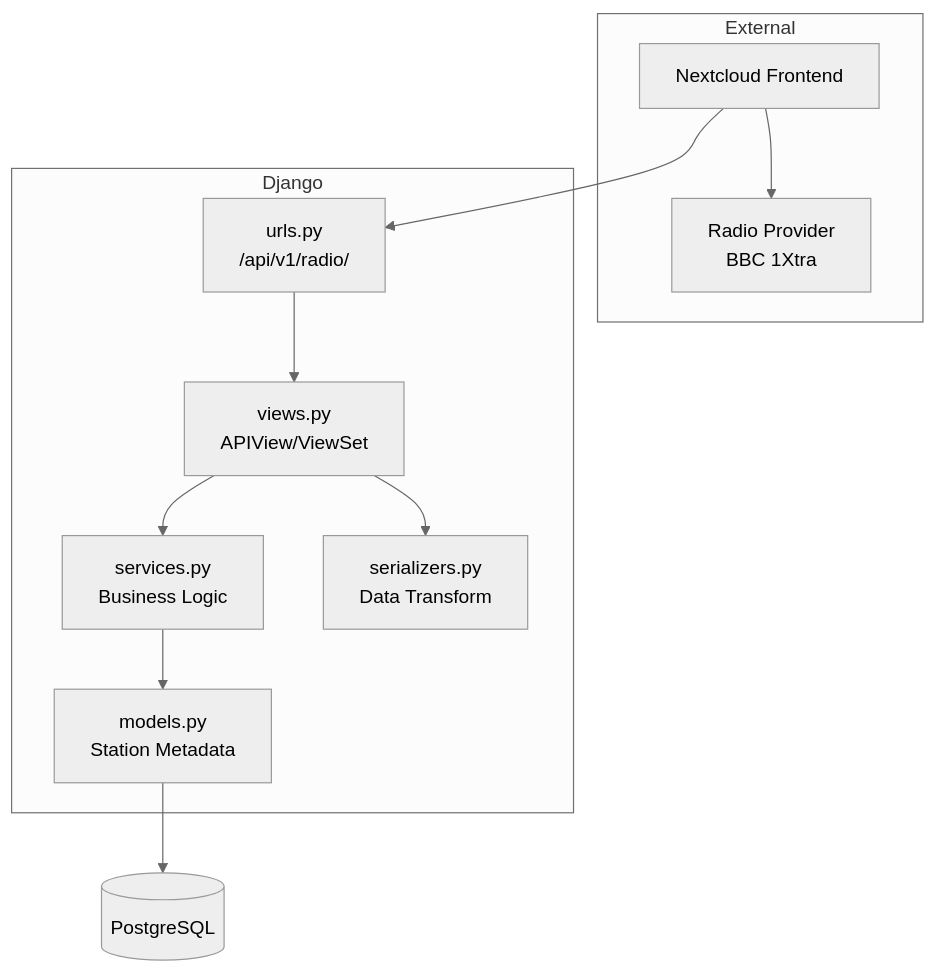
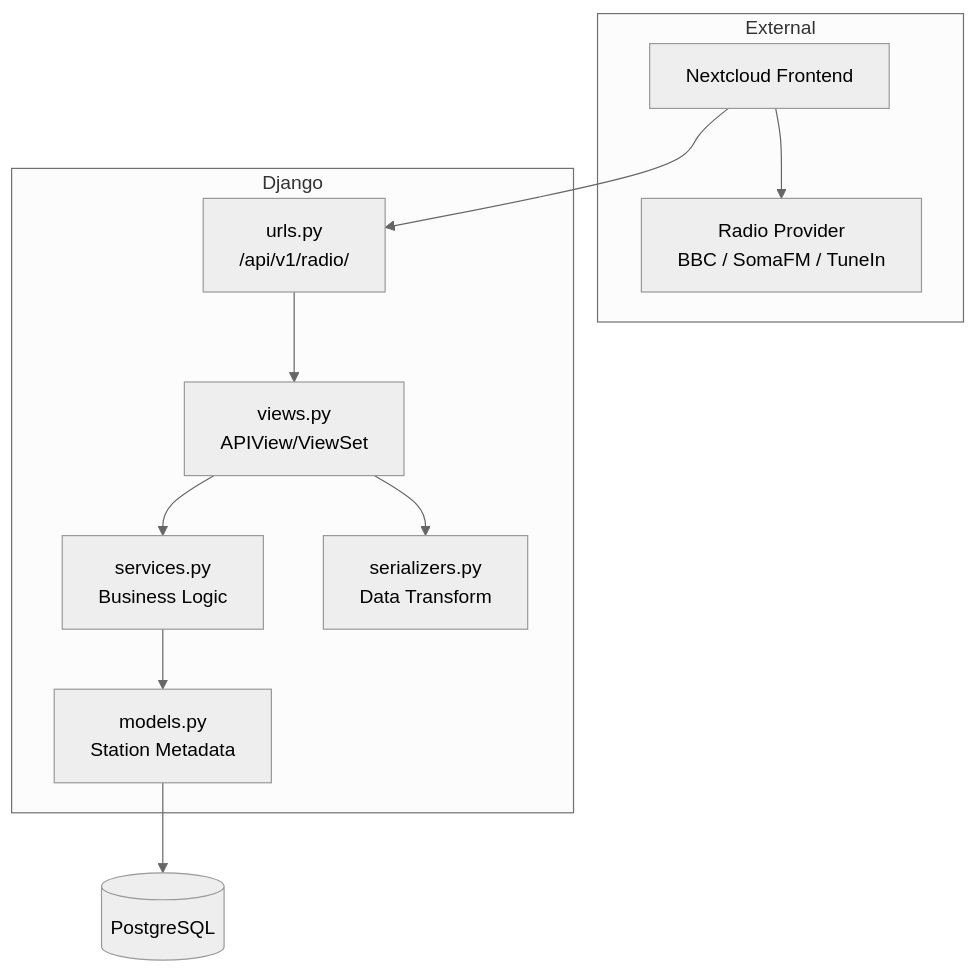
One commit to rahim8050/Farm-Intelligence-Platform changed the second of 2 diagrams in docs/architecture/radio/01_system_overview.md. Above: the diagram before and after it, drawn with Mermaid (neutral theme). The commit also changed other lines of this file and 6 other files, not shown here.

````diff
--- a/docs/architecture/radio/01_system_overview.md
+++ b/docs/architecture/radio/01_system_overview.md
@@ -74,26 +75,26 @@
 ```mermaid
 flowchart TB
     subgraph External
         NC[Nextcloud Frontend]
-        PROVIDER[Radio Provider<br/>BBC 1Xtra]
+        PROVIDER[Radio Provider<br/>BBC / SomaFM / TuneIn]
     end
 
     subgraph Django
         URLS[urls.py<br/>/api/v1/radio/]
         VIEWS[views.py<br/>APIView/ViewSet]
         SERVICES[services.py<br/>Business Logic]
         SERIALIZERS[serializers.py<br/>Data Transform]
         MODELS[models.py<br/>Station Metadata]
     end
 
     DB[(PostgreSQL)]
 
     NC --> URLS
     URLS --> VIEWS
     VIEWS --> SERVICES
     VIEWS --> SERIALIZERS
     SERVICES --> MODELS
     MODELS --> DB
 
     NC --> PROVIDER
 ```
````
